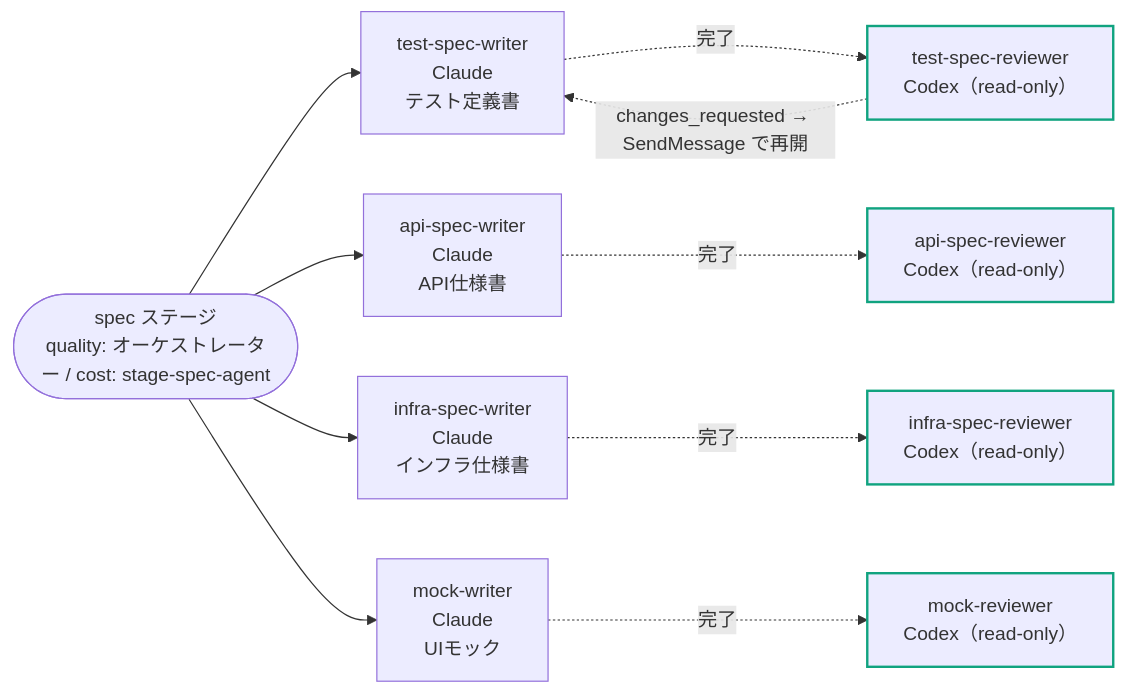
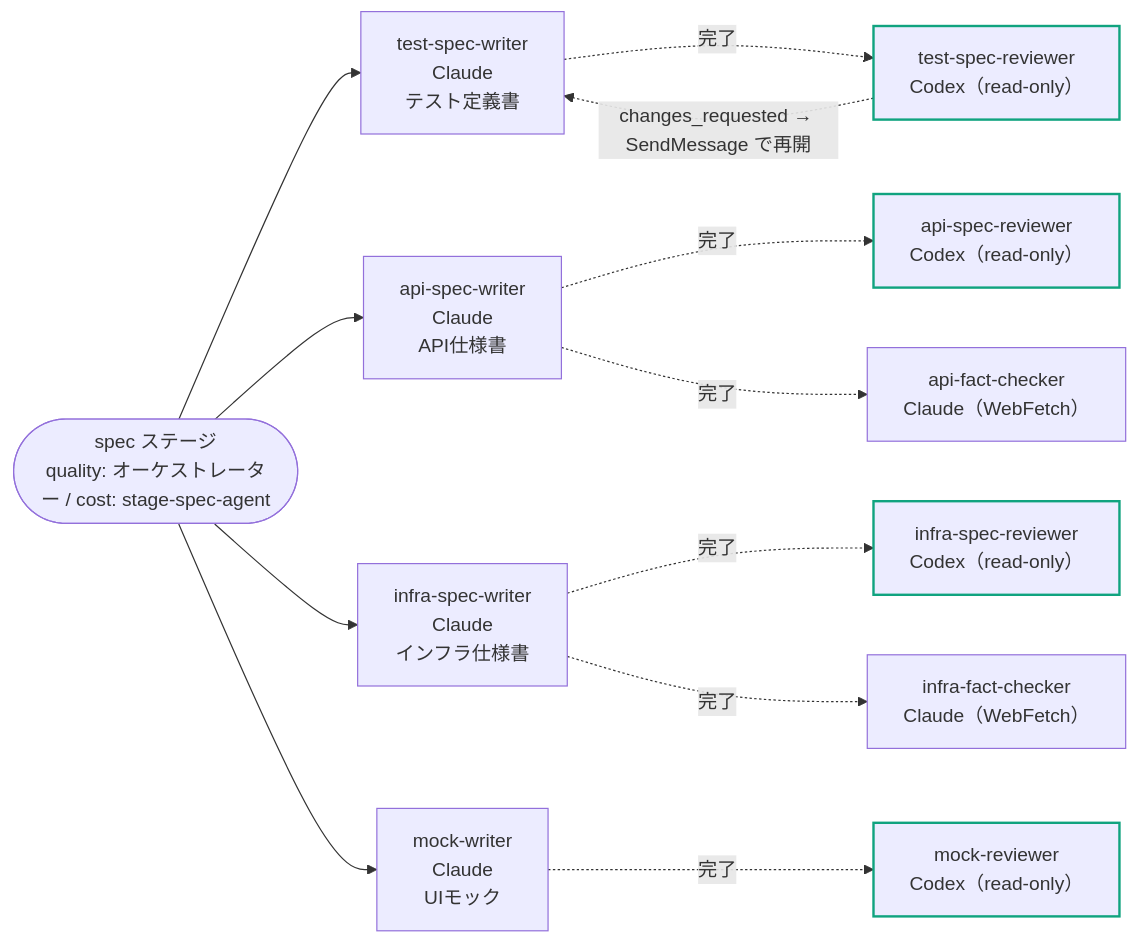
One commit to youmjww-org/dev-flow-skills changed the second of 5 diagrams in README.md. Above: the diagram before and after it, drawn with Mermaid. The commit also changed other lines of this file and 8 other files, not shown here.

First line of the commit message:
spec の API・インフラ仕様書に公式ドキュメントとの照合（fact-checker）を追加

````diff
--- a/README.md
+++ b/README.md
@@ -194,18 +194,20 @@
 ```mermaid
 flowchart LR
     PSA(["spec ステージ<br/>quality: オーケストレーター / cost: stage-spec-agent"])
     PSA --> TSW["test-spec-writer<br/>Claude<br/>テスト定義書"]
     PSA --> ASW["api-spec-writer<br/>Claude<br/>API仕様書"]
     PSA --> ISW["infra-spec-writer<br/>Claude<br/>インフラ仕様書"]
     PSA --> MW["mock-writer<br/>Claude<br/>UIモック"]
     TSW -. 完了 .-> TSR["test-spec-reviewer<br/>Codex（read-only）"]
     ASW -. 完了 .-> ASR["api-spec-reviewer<br/>Codex（read-only）"]
     ISW -. 完了 .-> ISR["infra-spec-reviewer<br/>Codex（read-only）"]
     MW -. 完了 .-> MR["mock-reviewer<br/>Codex（read-only）"]
+    ASW -. 完了 .-> AFC["api-fact-checker<br/>Claude（WebFetch）"]
+    ISW -. 完了 .-> IFC["infra-fact-checker<br/>Claude（WebFetch）"]
     TSR -. changes_requested → SendMessage で再開 .-> TSW
     TSR:::codex
     ASR:::codex
     ISR:::codex
     MR:::codex
     classDef codex stroke:#10a37f,stroke-width:2px
 ```
````
